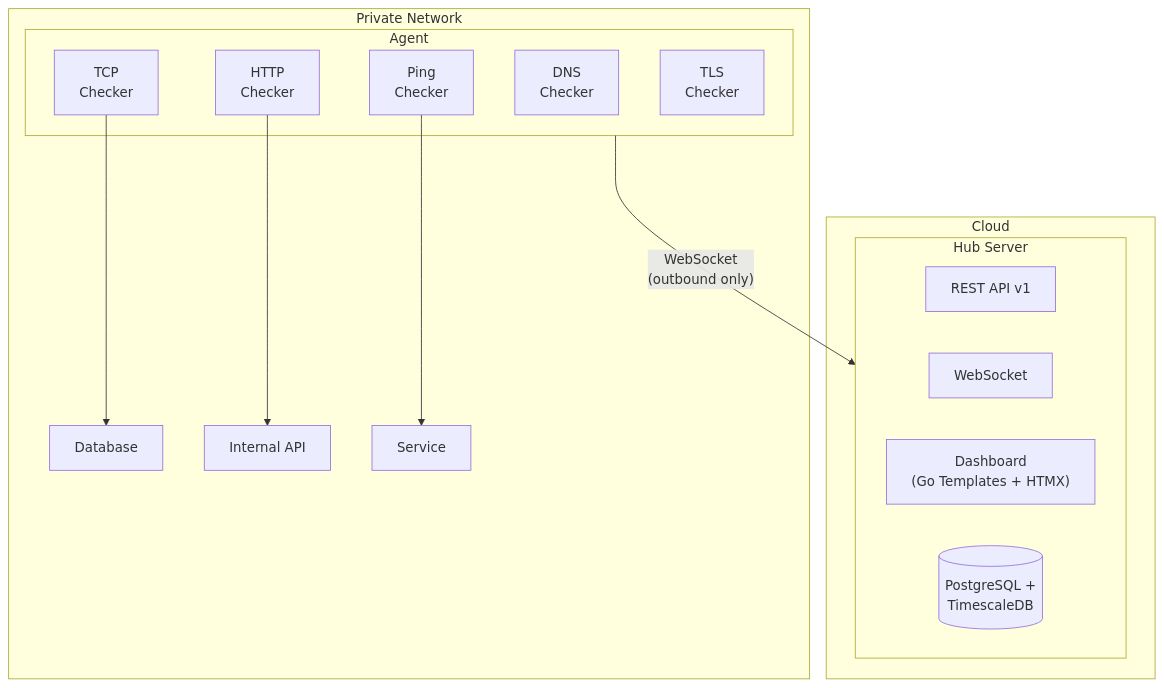
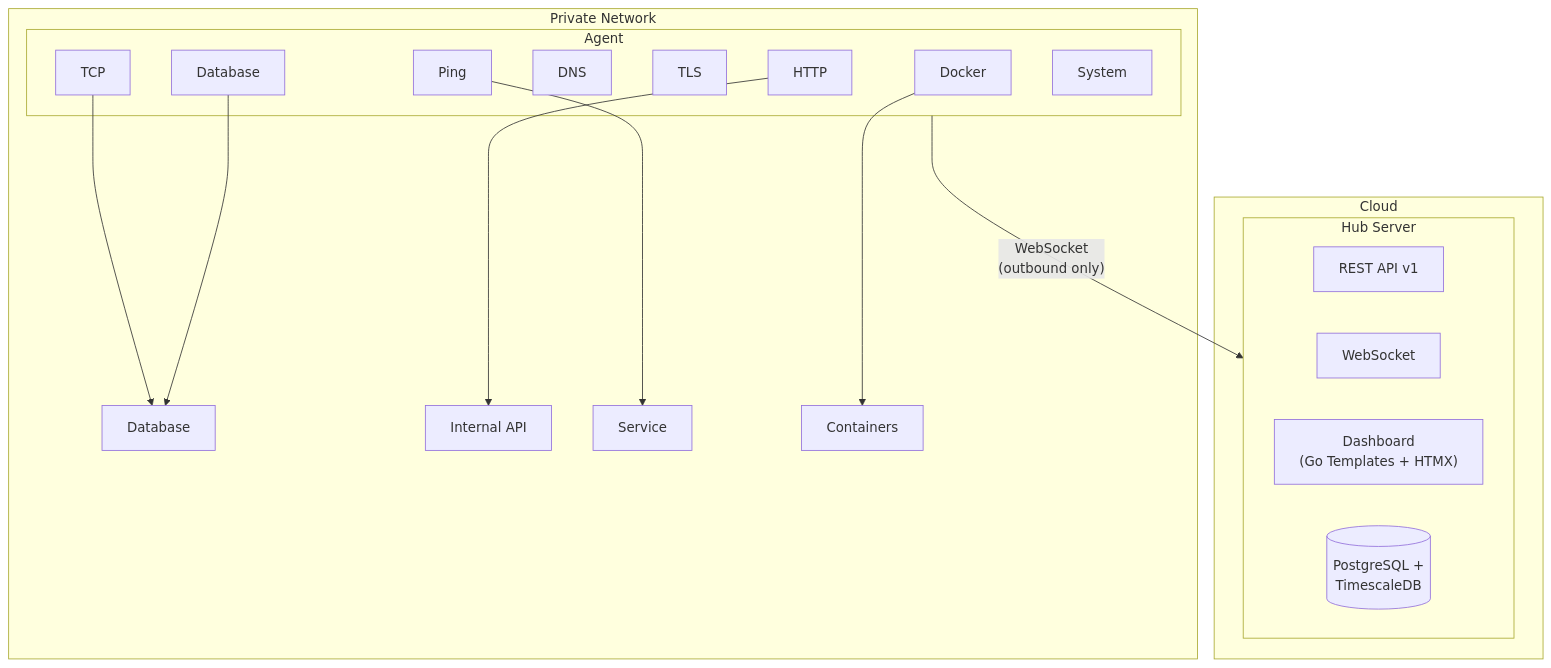
Before and after one commit to sylvester-francis/Watchdog: the second of 2 diagrams in README.md, drawn with Mermaid. The commit also changed other lines of this file and 2 other files, not shown here.

Commit message:
Update README to match current codebase, add signup count to landing page
README: document all 8 check types (added Docker, Database, System),
update architecture diagram, update current status section.

Landing page: pass waitlist signup count to template, show social proof
badge in hero section once signups reach 10+.

````diff
--- a/README.md
+++ b/README.md
@@ -74,29 +75,35 @@
 ```mermaid
 graph TB
     subgraph Cloud
         subgraph Hub["Hub Server"]
             API["REST API v1"]
             WS["WebSocket"]
             Dash["Dashboard<br/>(Go Templates + HTMX)"]
             DB[("PostgreSQL +<br/>TimescaleDB")]
         end
     end
 
     subgraph Net["Private Network"]
         subgraph Agent
-            HTTP["HTTP<br/>Checker"]
-            TCP["TCP<br/>Checker"]
-            Ping["Ping<br/>Checker"]
-            DNS["DNS<br/>Checker"]
-            TLS["TLS<br/>Checker"]
+            HTTP["HTTP"]
+            TCP["TCP"]
+            Ping["Ping"]
+            DNS["DNS"]
+            TLS["TLS"]
+            Docker["Docker"]
+            DBCheck["Database"]
+            Sys["System"]
         end
         T1["Database"]
         T2["Internal API"]
         T3["Service"]
+        T4["Containers"]
     end
 
     Agent -- "WebSocket<br/>(outbound only)" --> Hub
     HTTP --> T2
     TCP --> T1
     Ping --> T3
+    Docker --> T4
+    DBCheck --> T1
 ```
````
